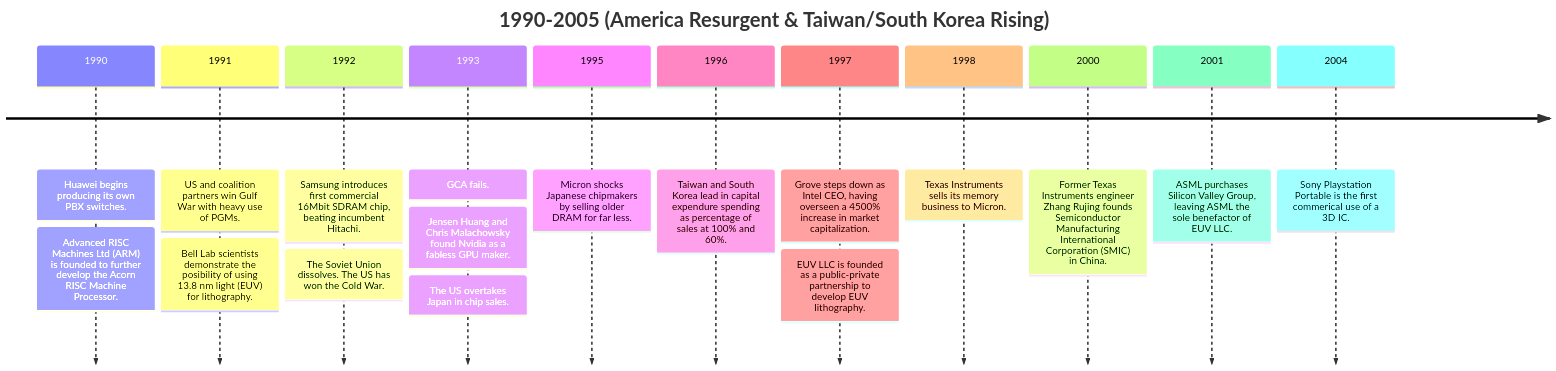
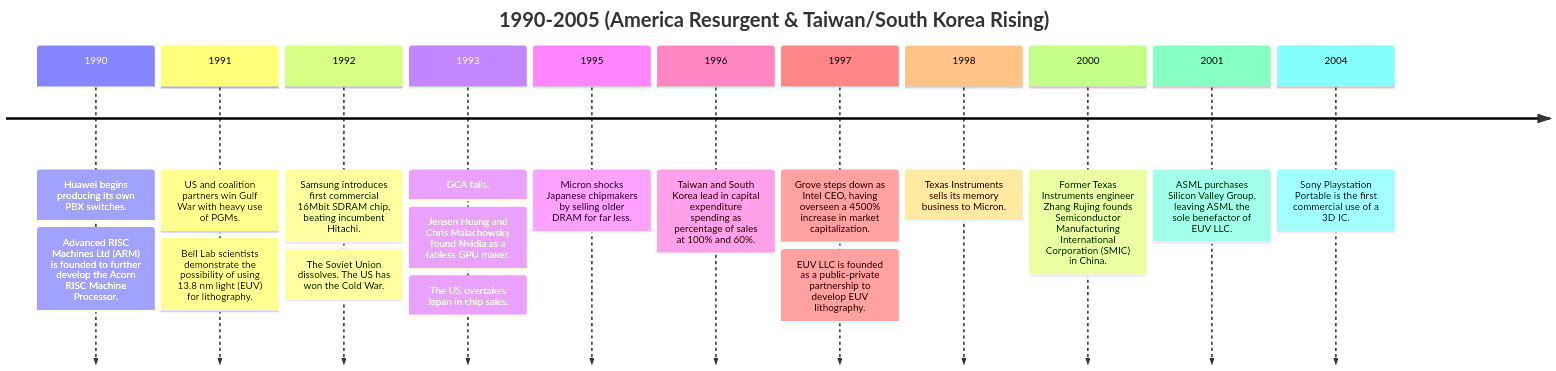
The fourth of 6 diagrams in _books/chip-war.md (GeorgeRPu/georgerpu.github.io), drawn with Mermaid before and after one commit. The commit also changed other lines of this file and 54 other files, not shown here.

````diff
--- a/_books/chip-war.md
+++ b/_books/chip-war.md
@@ -66,15 +66,15 @@
 ```mermaid
 timeline
     title 1990-2005 (America Resurgent & Taiwan/South Korea Rising)
     1990 : Huawei begins producing its own PBX switches. : Advanced RISC Machines Ltd (ARM) is founded to further develop the Acorn RISC Machine Processor.
-    1991 : US and coalition partners win Gulf War with heavy use of PGMs. :  Bell Lab scientists demonstrate the posibility of using 13.8 nm light (EUV) for lithography.
+    1991 : US and coalition partners win Gulf War with heavy use of PGMs. :  Bell Lab scientists demonstrate the possibility of using 13.8 nm light (EUV) for lithography.
     1992 : Samsung introduces first commercial 16Mbit SDRAM chip, beating incumbent Hitachi. : The Soviet Union dissolves. The US has won the Cold War.
     1993 : GCA fails. : Jensen Huang and Chris Malachowsky found Nvidia as a fabless GPU maker. : The US overtakes Japan in chip sales.
     1995 : Micron shocks Japanese chipmakers by selling older DRAM for far less.
-    1996 : Taiwan and South Korea lead in capital expendure spending as percentage of sales at 100% and 60%.
+    1996 : Taiwan and South Korea lead in capital expenditure spending as percentage of sales at 100% and 60%.
     1997 : Grove steps down as Intel CEO, having overseen a 4500% increase in market capitalization. : EUV LLC is founded as a public-private partnership to develop EUV lithography.
     1998 : Texas Instruments sells its memory business to Micron.
     2000 : Former Texas Instruments engineer Zhang Rujing founds Semiconductor Manufacturing International Corporation (SMIC) in China.
     2001 : ASML purchases Silicon Valley Group, leaving ASML the sole benefactor of EUV LLC.
-    2004 : Sony Playstation Portable is the first commerical use of a 3D IC.
+    2004 : Sony Playstation Portable is the first commercial use of a 3D IC.
 ```
````
